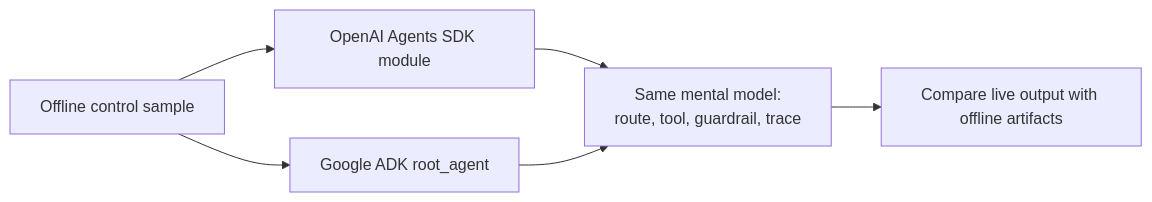
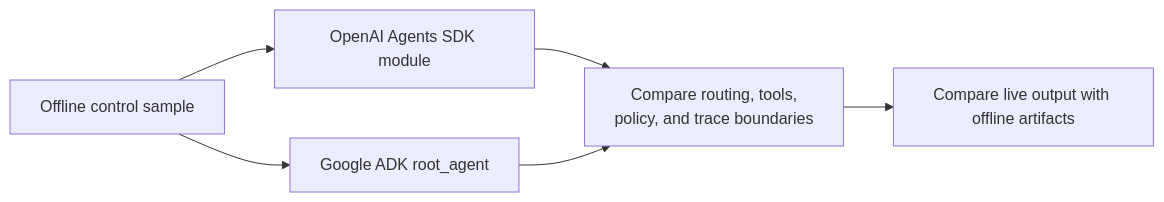
Before and after one commit to conqueror/mcgill-showcases: the second of 2 diagrams in projects/agentic-course-assistant-showcase/README.md, drawn with Mermaid. The commit also changed other lines of this file and 15 other files, not shown here.

````diff
--- a/projects/agentic-course-assistant-showcase/README.md
+++ b/projects/agentic-course-assistant-showcase/README.md
@@ -137,8 +144,8 @@
 ```mermaid
 flowchart LR
     Offline["Offline control sample"] --> OAI["OpenAI Agents SDK module"]
     Offline --> ADK["Google ADK root_agent"]
-    OAI --> Same["Same mental model:<br/>route, tool, guardrail, trace"]
+    OAI --> Same["Compare routing, tools,<br/>policy, and trace boundaries"]
     ADK --> Same
     Same --> Review["Compare live output with offline artifacts"]
 ```
````
